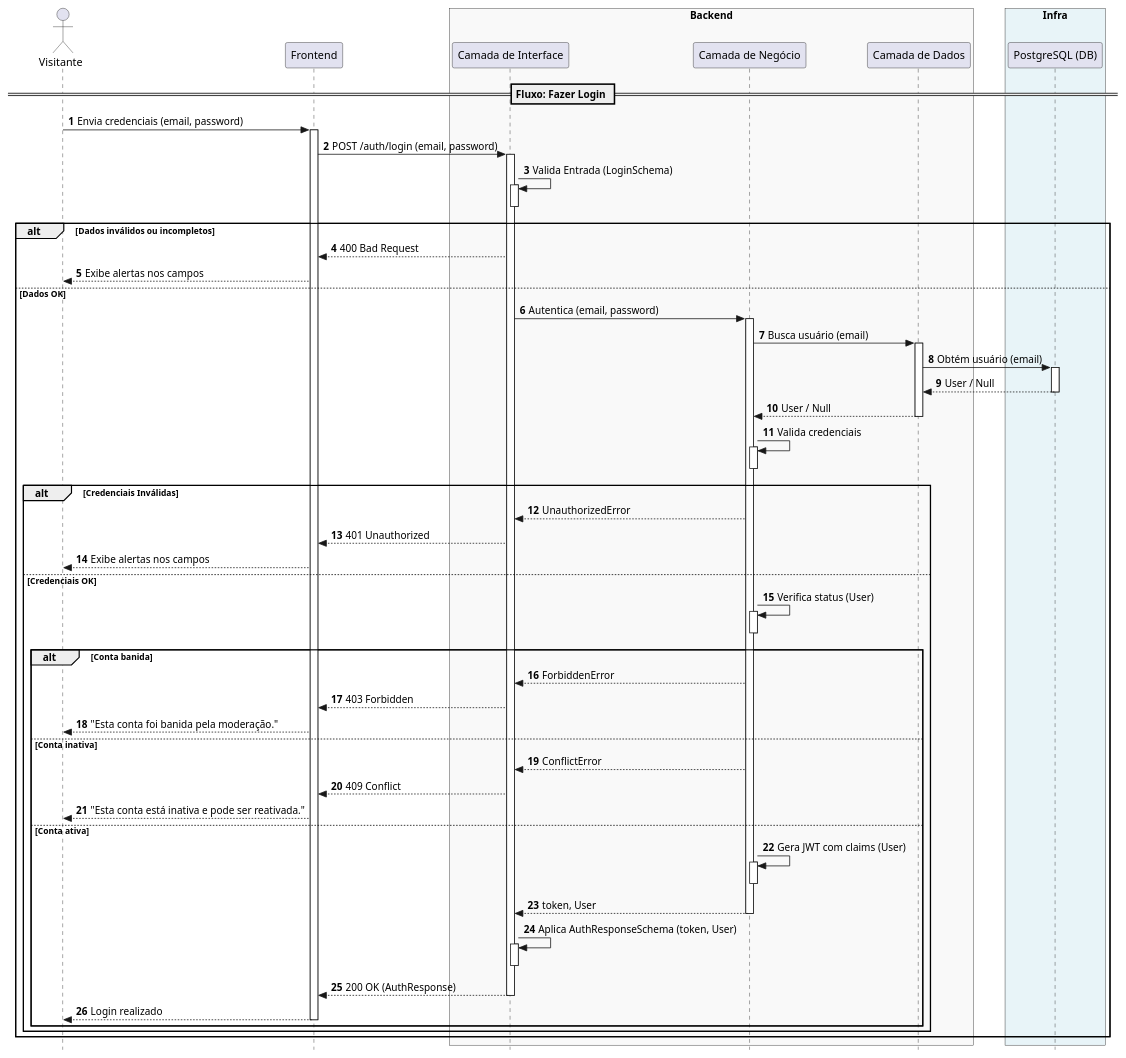
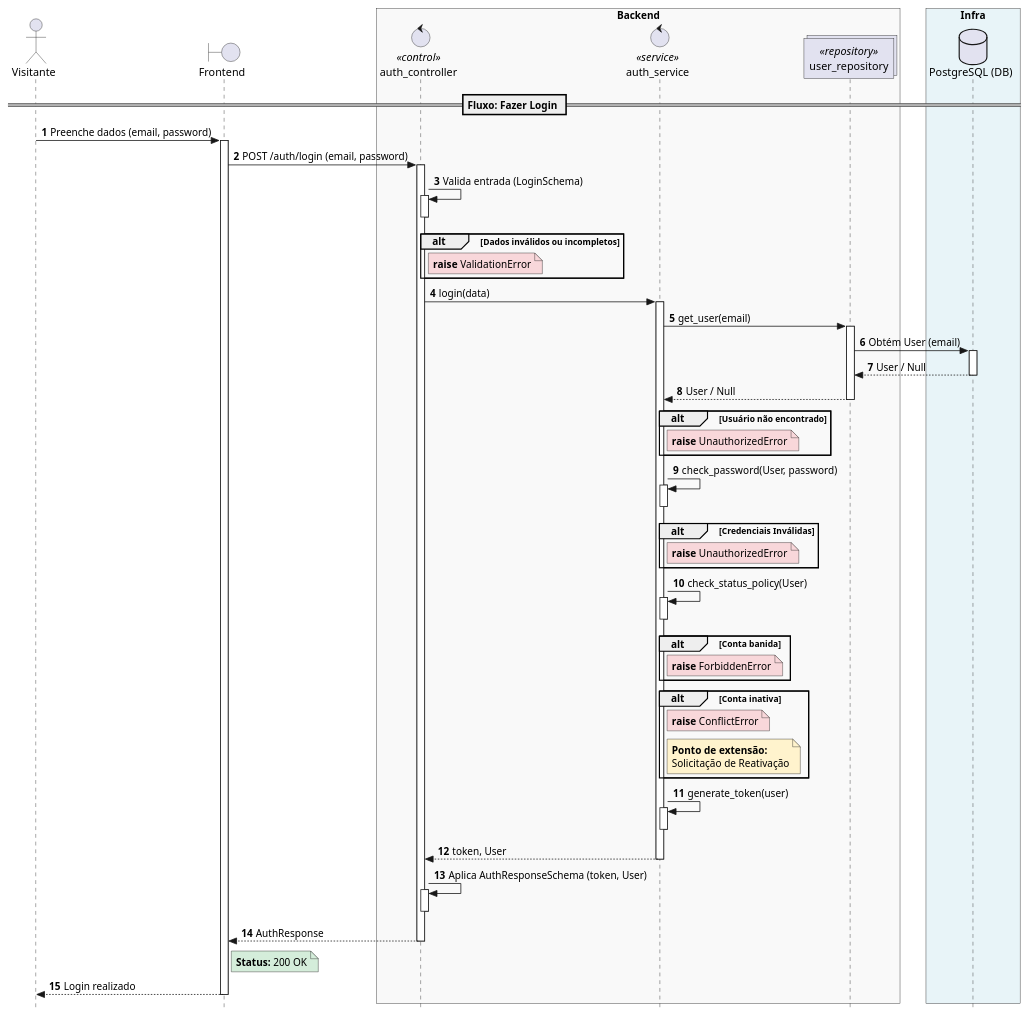
Before and after one commit to karlsen16/OndeTa: the diagram in docs/uml/sequence/puml/02_user_login.puml, drawn with PlantUML. The commit also changed 52 other files, not shown here.

Commit message:
docs: BPTD Fase 1, organização dos diagramas v.3.2

```diff
--- a/docs/uml/sequence/puml/02_user_login.puml
+++ b/docs/uml/sequence/puml/02_user_login.puml
@@ -1,79 +1,61 @@
 @startuml
 autonumber
 skinparam style strictuml
 
 actor "Visitante" as Guest
-participant "Frontend" as UI
+boundary "Frontend" as UI
 
 box "Backend" #f9f9f9
-    participant "Camada de Interface" as CI
-    participant "Camada de Negócio" as CN
-    participant "Camada de Dados" as CD
+    control "auth_controller" as Ctrl <<control>>
+    control "auth_service" as Serv <<service>>
+    collections "user_repository" as Repo <<repository>>
 end box
 
 box "Infra" #e8f4f8
-    participant "PostgreSQL (DB)" as DB
+    database "PostgreSQL (DB)" as DB
 end box
 
 == Fluxo: Fazer Login ==
 
-Guest -> UI : Envia credenciais (email, password)
-activate UI
-UI -> CI : POST /auth/login (email, password)
-activate CI
-CI -> CI : Valida Entrada (LoginSchema)
-activate CI
-deactivate CI
+Guest -> UI++: Preenche dados (email, password)
+UI -> Ctrl++: POST /auth/login (email, password)
+Ctrl -> Ctrl++--: Valida entrada (LoginSchema)
 
 alt Dados inválidos ou incompletos
-    CI --> UI : 400 Bad Request
-    UI --> Guest : Exibe alertas nos campos
-else Dados OK
-    CI -> CN : Autentica (email, password)
-    activate CN
-    CN -> CD : Busca usuário (email)
-    activate CD
-    CD -> DB : Obtém usuário (email)
-    activate DB
-    DB --> CD : User / Null
-    deactivate DB
-    CD --> CN : User / Null
-    deactivate CD
-    CN -> CN : Valida credenciais
-    activate CN
-    deactivate CN
+    note right of Ctrl #f8d7da: **raise** ValidationError
+end
 
-    alt Credenciais Inválidas
-        CN --> CI : UnauthorizedError
-        CI --> UI : 401 Unauthorized
-        UI --> Guest : Exibe alertas nos campos
-    else Credenciais OK
-        CN -> CN : Verifica status (User)
-        activate CN
-        deactivate CN
+Ctrl -> Serv++: login(data)
+Serv -> Repo++: get_user(email)
+Repo -> DB++: Obtém User (email)
+DB --> Repo--: User / Null
+Repo --> Serv--: User / Null
 
-        alt Conta banida
-            CN --> CI : ForbiddenError
-            CI --> UI : 403 Forbidden
-            UI --> Guest : "Esta conta foi banida pela moderação."
-        else Conta inativa
-            CN --> CI : ConflictError
-            CI --> UI : 409 Conflict
-            UI --> Guest : "Esta conta está inativa e pode ser reativada."
-        else Conta ativa
-            CN -> CN : Gera JWT com claims (User)
-            activate CN
-            deactivate CN
-            CN --> CI : token, User
-            deactivate CN
-            CI -> CI : Aplica AuthResponseSchema (token, User)
-            activate CI
-            deactivate CI
-            CI --> UI : 200 OK (AuthResponse)
-            deactivate CI
-            UI --> Guest : Login realizado
-            deactivate UI
-        end
-    end
+alt Usuário não encontrado
+    note right of Serv #f8d7da: **raise** UnauthorizedError
 end
+
+Serv -> Serv++--: check_password(User, password)
+
+alt Credenciais Inválidas
+    note right of Serv #f8d7da: **raise** UnauthorizedError
+end
+
+Serv -> Serv++--: check_status_policy(User)
+
+alt Conta banida
+    note right of Serv #f8d7da: **raise** ForbiddenError
+end
+
+alt Conta inativa
+    note right of Serv #f8d7da: **raise** ConflictError
+    note right of Serv #fff3cd: **Ponto de extensão:**\nSolicitação de Reativação
+end
+
+Serv -> Serv++--: generate_token(user)
+Serv --> Ctrl-- : token, User
+Ctrl -> Ctrl++--: Aplica AuthResponseSchema (token, User)
+Ctrl --> UI--: AuthResponse
+note right of UI #d4edda: **Status:** 200 OK
+UI --> Guest--: Login realizado
 @enduml
```
